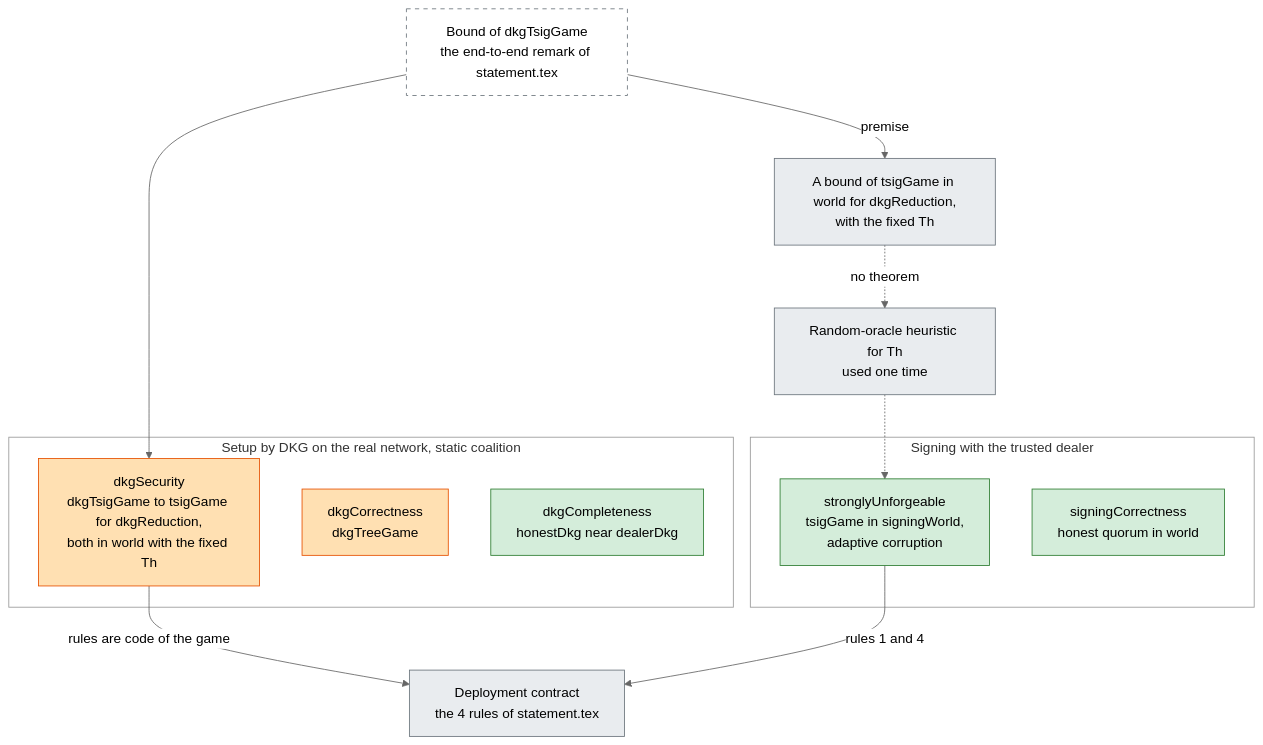
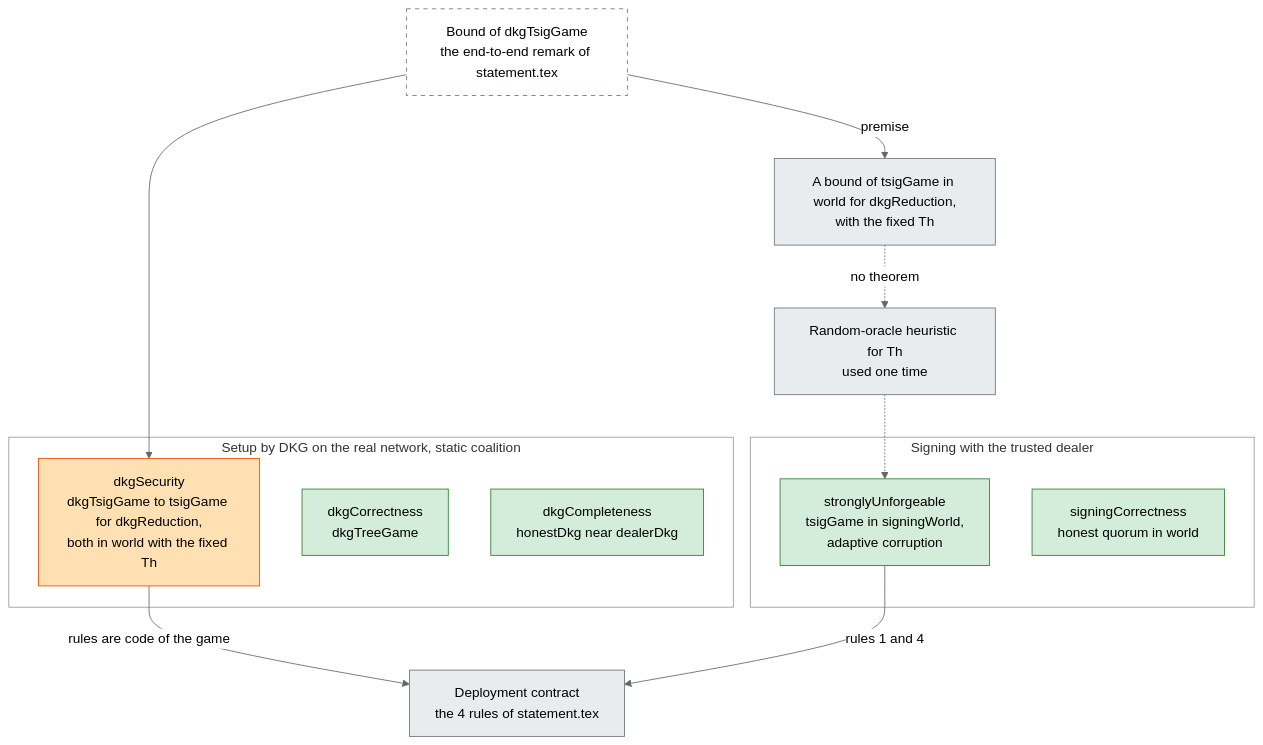
One commit to han0110/threshold-lean-xmss changed the diagram in formal/README.md. Above: the diagram before and after it, drawn with Mermaid (neutral theme). The commit also changed other lines of this file and 17 other files, not shown here.

````diff
--- a/formal/README.md
+++ b/formal/README.md
@@ -25,33 +25,33 @@
 ```mermaid
 flowchart TB
   classDef proved fill:#d4edda,stroke:#2e7d32,color:#000
   classDef target fill:#ffe0b2,stroke:#e65100,color:#000
   classDef assumed fill:#e9ecef,stroke:#6c757d,color:#000
   classDef remark fill:#ffffff,stroke:#6c757d,stroke-dasharray:5 5,color:#000
 
   subgraph SIG["Signing with the trusted dealer"]
     SUF["stronglyUnforgeable<br/>tsigGame in signingWorld,<br/>adaptive corruption"]:::proved
     SCOR["signingCorrectness<br/>honest quorum in world"]:::proved
   end
 
   subgraph DKG["Setup by DKG on the real network, static coalition"]
     DSEC["dkgSecurity<br/>dkgTsigGame to tsigGame for dkgReduction,<br/>both in world with the fixed Th"]:::target
-    DCOR["dkgCorrectness<br/>dkgTreeGame"]:::target
+    DCOR["dkgCorrectness<br/>dkgTreeGame"]:::proved
     DCOMP["dkgCompleteness<br/>honestDkg near dealerDkg"]:::proved
   end
 
   E2E["Bound of dkgTsigGame<br/>the end-to-end remark of statement.tex"]:::remark
   DELTA["A bound of tsigGame in world for dkgReduction,<br/>with the fixed Th"]:::assumed
   HEUR["Random-oracle heuristic for Th<br/>used one time"]:::assumed
   RULES["Deployment contract<br/>the 4 rules of statement.tex"]:::assumed
 
   style SIG fill:none,stroke:#999999
   style DKG fill:none,stroke:#999999
 
   E2E --> DSEC
   E2E -->|premise| DELTA
   DELTA -.->|no theorem| HEUR
   HEUR -.-> SUF
   DSEC -->|rules are code of the game| RULES
   SUF -->|rules 1 and 4| RULES
 ```
````
